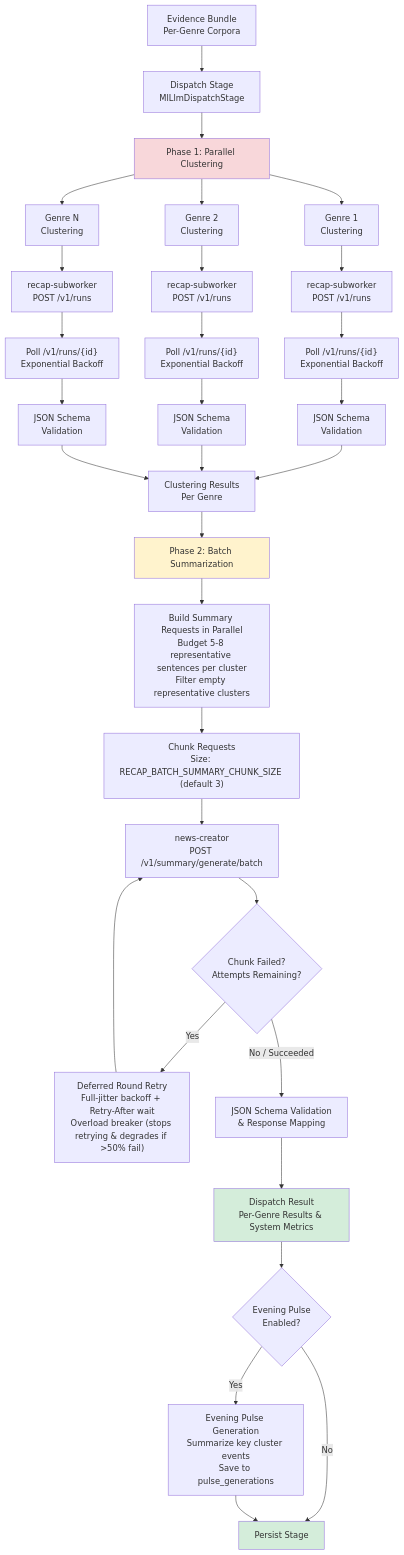
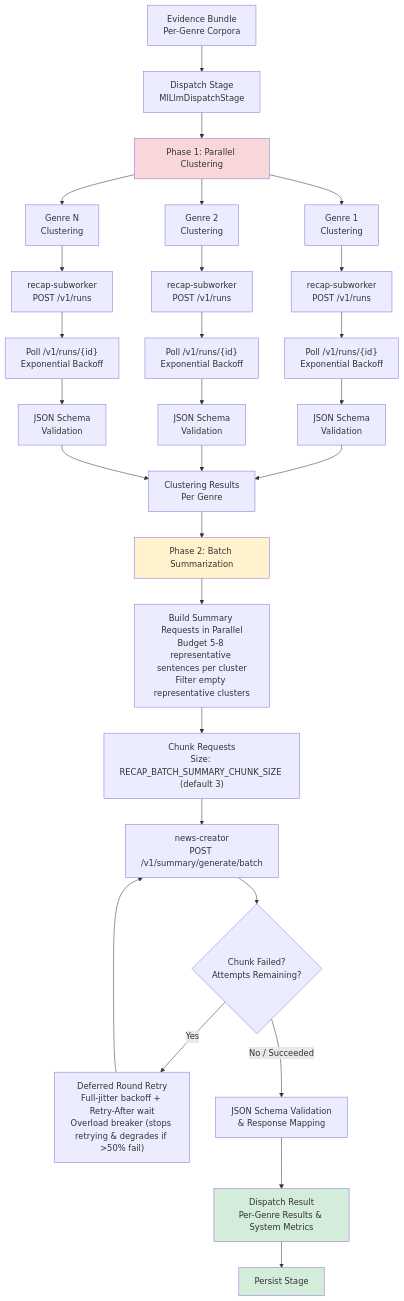
The third of 6 diagrams in recap-worker/PIPELINE_FLOW.md (Kaikei-e/Alt), drawn with Mermaid before and after one commit. The commit also changed other lines of this file and 53 other files, not shown here.

First line of the commit message:
refactor(recap-worker): remove the Evening Pulse stage and the 7-day recap endpoints

````diff
--- a/recap-worker/PIPELINE_FLOW.md
+++ b/recap-worker/PIPELINE_FLOW.md
@@ -167,54 +163,50 @@
 ```mermaid
 flowchart TB
     Evidence["Evidence Bundle<br/>Per-Genre Corpora"] --> Dispatch["Dispatch Stage<br/>MlLlmDispatchStage"]
 
     Dispatch --> Phase1["Phase 1: Parallel Clustering"]
 
     Phase1 --> Genre1["Genre 1<br/>Clustering"]
     Phase1 --> Genre2["Genre 2<br/>Clustering"]
     Phase1 --> GenreN["Genre N<br/>Clustering"]
 
     Genre1 --> Subworker1["recap-subworker<br/>POST /v1/runs"]
     Genre2 --> Subworker2["recap-subworker<br/>POST /v1/runs"]
     GenreN --> SubworkerN["recap-subworker<br/>POST /v1/runs"]
 
     Subworker1 --> Poll1["Poll /v1/runs/{id}<br/>Exponential Backoff"]
     Subworker2 --> Poll2["Poll /v1/runs/{id}<br/>Exponential Backoff"]
     SubworkerN --> PollN["Poll /v1/runs/{id}<br/>Exponential Backoff"]
 
     Poll1 --> Validate1["JSON Schema<br/>Validation"]
     Poll2 --> Validate2["JSON Schema<br/>Validation"]
     PollN --> ValidateN["JSON Schema<br/>Validation"]
 
     Validate1 --> ClusterResults["Clustering Results<br/>Per Genre"]
     Validate2 --> ClusterResults
     ValidateN --> ClusterResults
 
     ClusterResults --> Phase2["Phase 2: Batch Summarization"]
 
     Phase2 --> BuildRequests["Build Summary Requests in Parallel<br/>Budget 5-8 representative sentences per cluster<br/>Filter empty representative clusters"]
 
     BuildRequests --> ChunkRequests["Chunk Requests<br/>Size: RECAP_BATCH_SUMMARY_CHUNK_SIZE (default 3)"]
 
     ChunkRequests --> BatchCall["news-creator<br/>POST /v1/summary/generate/batch"]
 
     BatchCall --> DeferredCheck{"Chunk Failed?<br/>Attempts Remaining?"}
 
     DeferredCheck -->|Yes| DeferredRetry["Deferred Round Retry<br/>Full-jitter backoff + Retry-After wait<br/>Overload breaker (stops retrying &amp; degrades if &gt;50% fail)"]
     DeferredRetry --> BatchCall
 
     DeferredCheck -->|No / Succeeded| ValidateBatch["JSON Schema Validation<br/>&amp; Response Mapping"]
 
     ValidateBatch --> DispatchResult["Dispatch Result<br/>Per-Genre Results &amp; System Metrics"]
 
-    DispatchResult --> EveningPulseCheck{"Evening Pulse<br/>Enabled?"}
-
-    EveningPulseCheck -->|Yes| EveningPulse["Evening Pulse Generation<br/>Summarize key cluster events<br/>Save to pulse_generations"]
-    EveningPulseCheck -->|No| Persist
-    EveningPulse --> Persist["Persist Stage"]
+    DispatchResult --> Persist["Persist Stage"]
 
     style Phase1 fill:#f8d7da
     style Phase2 fill:#fff3cd
     style DispatchResult fill:#d4edda
     style Persist fill:#d4edda
 ```
````
